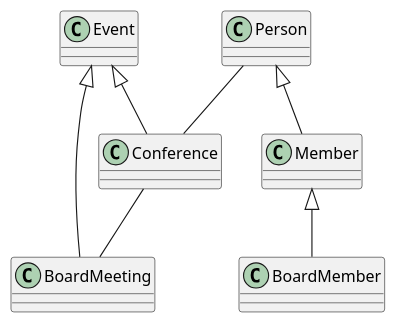
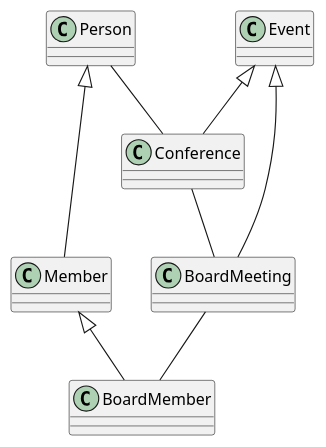
The diagram in src/UOC.puml (DaniJorCa/UMLDanielJordanCarre-o), drawn with PlantUML before and after one commit.

Commit message:
BoardMeeting - BoardMember

```diff
--- a/src/UOC.puml
+++ b/src/UOC.puml
@@ -1,12 +1,13 @@
 @startuml
 
 
 Conference -- BoardMeeting
 Event <|-- Conference
 Event <|-- BoardMeeting
 
 Person <|-- Member
 Member <|-- BoardMember
 
 Person -- Conference
+BoardMeeting -- BoardMember
 @enduml
```
